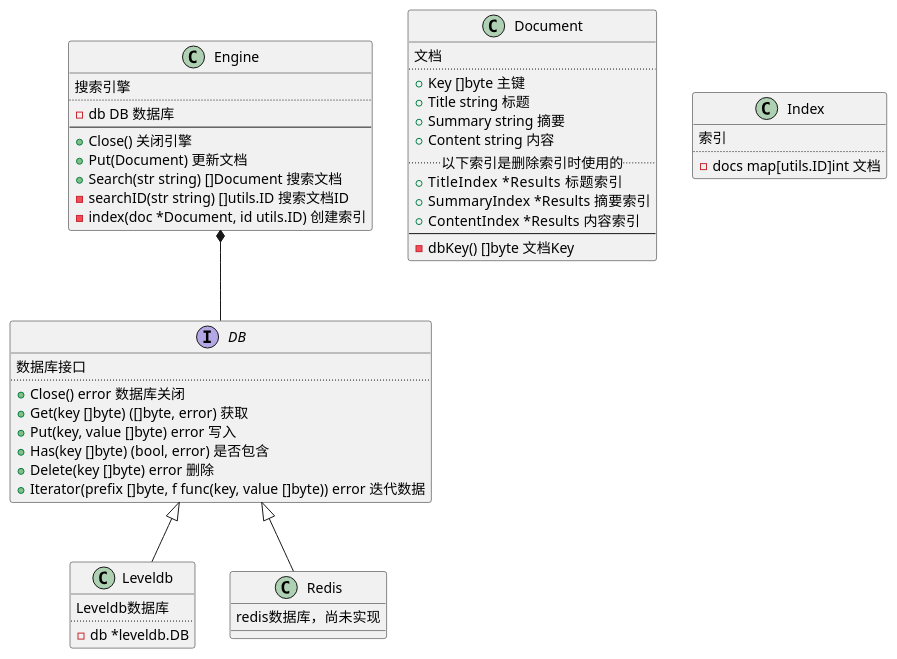
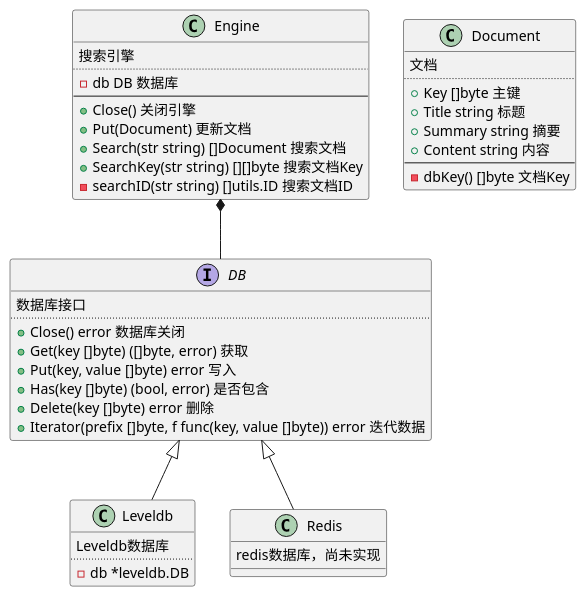
One commit to xuender/go-search changed the diagram in doc/class.puml. Above: the diagram before and after it, drawn with PlantUML. The commit also changed 12 other files, not shown here.

```diff
--- a/doc/class.puml
+++ b/doc/class.puml
@@ -1,60 +1,49 @@
 @startuml
 class Engine {
   搜索引擎
   ..
   - db DB 数据库
   --
   + Close() 关闭引擎
   + Put(Document) 更新文档
   + Search(str string) []Document 搜索文档
+  + SearchKey(str string) [][]byte 搜索文档Key
   - searchID(str string) []utils.ID 搜索文档ID
-  - index(doc *Document, id utils.ID) 创建索引
 }
 
 class Document {
   文档
   ..
   + Key []byte 主键
   + Title string 标题
   + Summary string 摘要
   + Content string 内容
-  .. 以下索引是删除索引时使用的 ..
-  + TitleIndex   *Results  标题索引
-  + SummaryIndex *Results  摘要索引
-  + ContentIndex *Results  内容索引
   --
   - dbKey() []byte 文档Key
 }
-
-class Index {
-  索引
-  ..
-  - docs map[utils.ID]int 文档
-}
-
 
 interface DB {
   数据库接口
   ..
   + Close() error 数据库关闭
   + Get(key []byte) ([]byte, error) 获取
   + Put(key, value []byte) error 写入
   + Has(key []byte) (bool, error) 是否包含
   + Delete(key []byte) error 删除
   + Iterator(prefix []byte, f func(key, value []byte)) error 迭代数据
 }
 class Leveldb {
   Leveldb数据库
   ..
   - db *leveldb.DB
 }
 class Redis {
   redis数据库，尚未实现
 }
 
 
 Engine *-- DB
 DB <|-- Leveldb
 DB <|-- Redis
 
 @enduml
```
